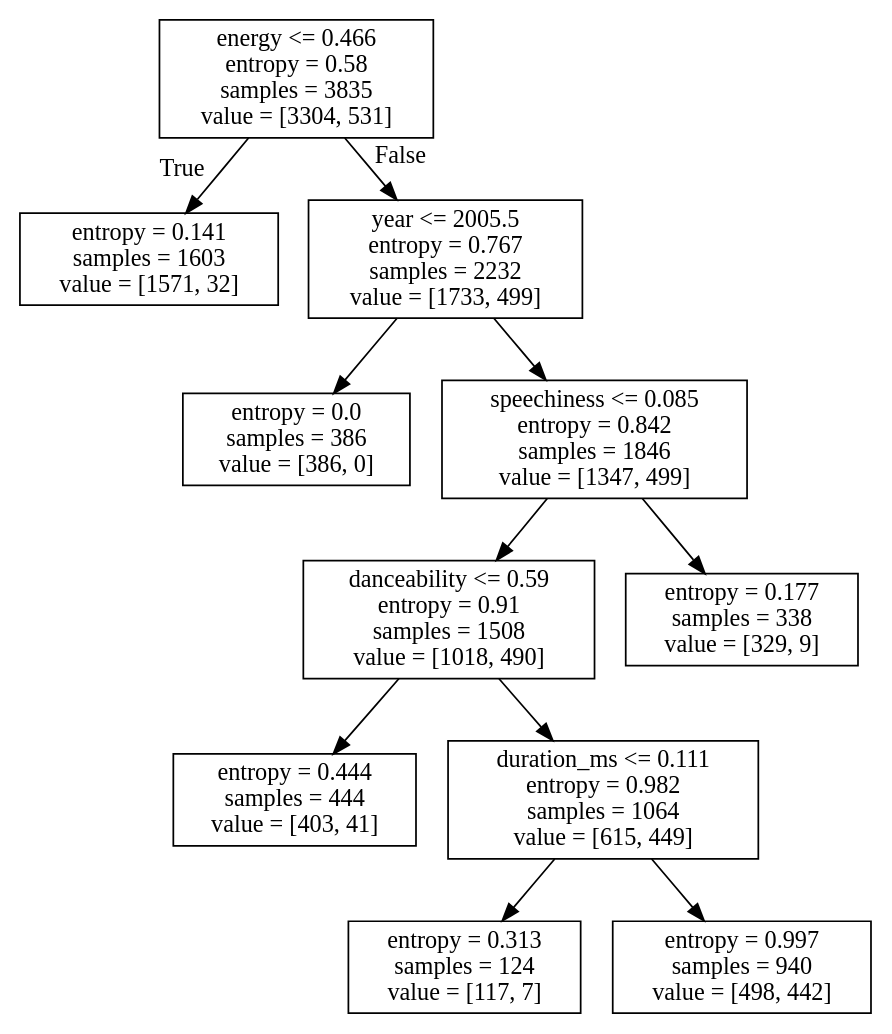
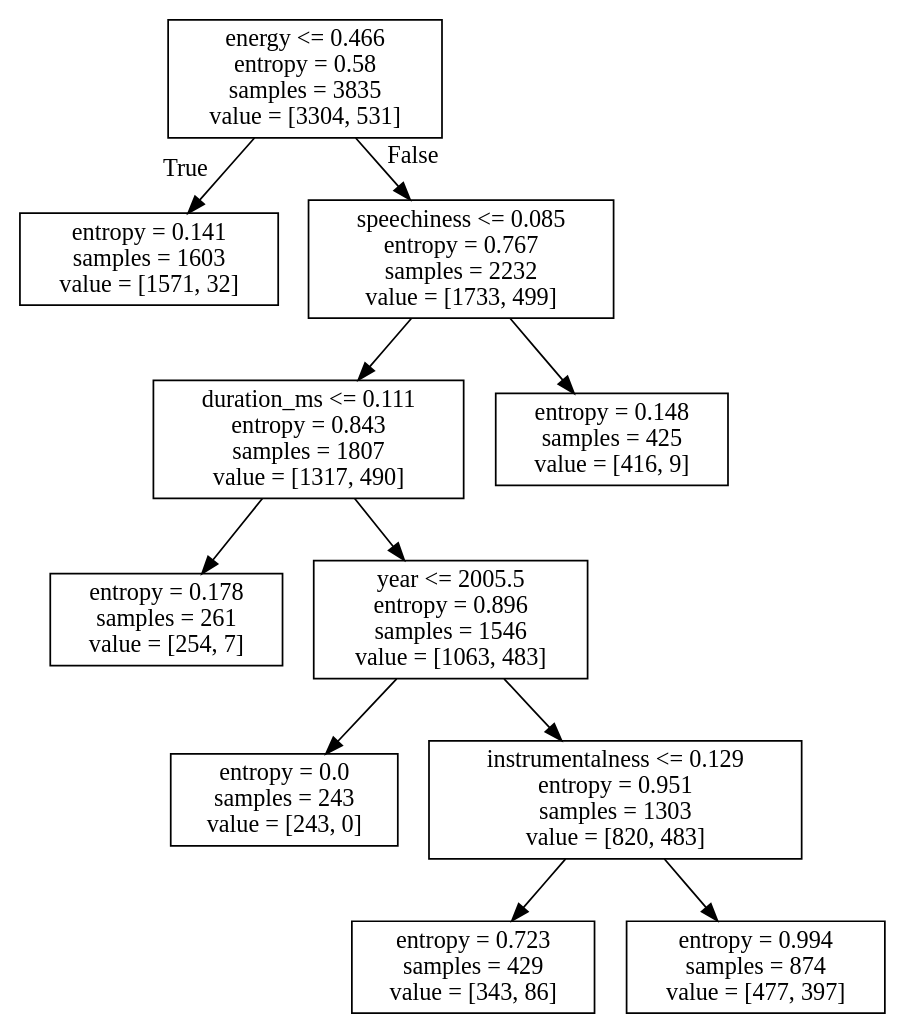
One commit to CrystalCo/audio_features_popularity_classifiers changed the diagram in jazz_DT.dot. Above: the diagram before and after it, drawn with Graphviz. The commit also changed 15 other files, not shown here.

```diff
--- a/jazz_DT.dot
+++ b/jazz_DT.dot
@@ -1,24 +1,24 @@
 digraph Tree {
 node [shape=box] ;
 0 [label="energy <= 0.466\nentropy = 0.58\nsamples = 3835\nvalue = [3304, 531]"] ;
 1 [label="entropy = 0.141\nsamples = 1603\nvalue = [1571, 32]"] ;
 0 -> 1 [labeldistance=2.5, labelangle=45, headlabel="True"] ;
-2 [label="year <= 2005.5\nentropy = 0.767\nsamples = 2232\nvalue = [1733, 499]"] ;
+2 [label="speechiness <= 0.085\nentropy = 0.767\nsamples = 2232\nvalue = [1733, 499]"] ;
 0 -> 2 [labeldistance=2.5, labelangle=-45, headlabel="False"] ;
-3 [label="entropy = 0.0\nsamples = 386\nvalue = [386, 0]"] ;
+3 [label="duration_ms <= 0.111\nentropy = 0.843\nsamples = 1807\nvalue = [1317, 490]"] ;
 2 -> 3 ;
-4 [label="speechiness <= 0.085\nentropy = 0.842\nsamples = 1846\nvalue = [1347, 499]"] ;
-2 -> 4 ;
-5 [label="danceability <= 0.59\nentropy = 0.91\nsamples = 1508\nvalue = [1018, 490]"] ;
-4 -> 5 ;
-6 [label="entropy = 0.444\nsamples = 444\nvalue = [403, 41]"] ;
+4 [label="entropy = 0.178\nsamples = 261\nvalue = [254, 7]"] ;
+3 -> 4 ;
+5 [label="year <= 2005.5\nentropy = 0.896\nsamples = 1546\nvalue = [1063, 483]"] ;
+3 -> 5 ;
+6 [label="entropy = 0.0\nsamples = 243\nvalue = [243, 0]"] ;
 5 -> 6 ;
-7 [label="duration_ms <= 0.111\nentropy = 0.982\nsamples = 1064\nvalue = [615, 449]"] ;
+7 [label="instrumentalness <= 0.129\nentropy = 0.951\nsamples = 1303\nvalue = [820, 483]"] ;
 5 -> 7 ;
-8 [label="entropy = 0.313\nsamples = 124\nvalue = [117, 7]"] ;
+8 [label="entropy = 0.723\nsamples = 429\nvalue = [343, 86]"] ;
 7 -> 8 ;
-9 [label="entropy = 0.997\nsamples = 940\nvalue = [498, 442]"] ;
+9 [label="entropy = 0.994\nsamples = 874\nvalue = [477, 397]"] ;
 7 -> 9 ;
-10 [label="entropy = 0.177\nsamples = 338\nvalue = [329, 9]"] ;
-4 -> 10 ;
+10 [label="entropy = 0.148\nsamples = 425\nvalue = [416, 9]"] ;
+2 -> 10 ;
 }
```
